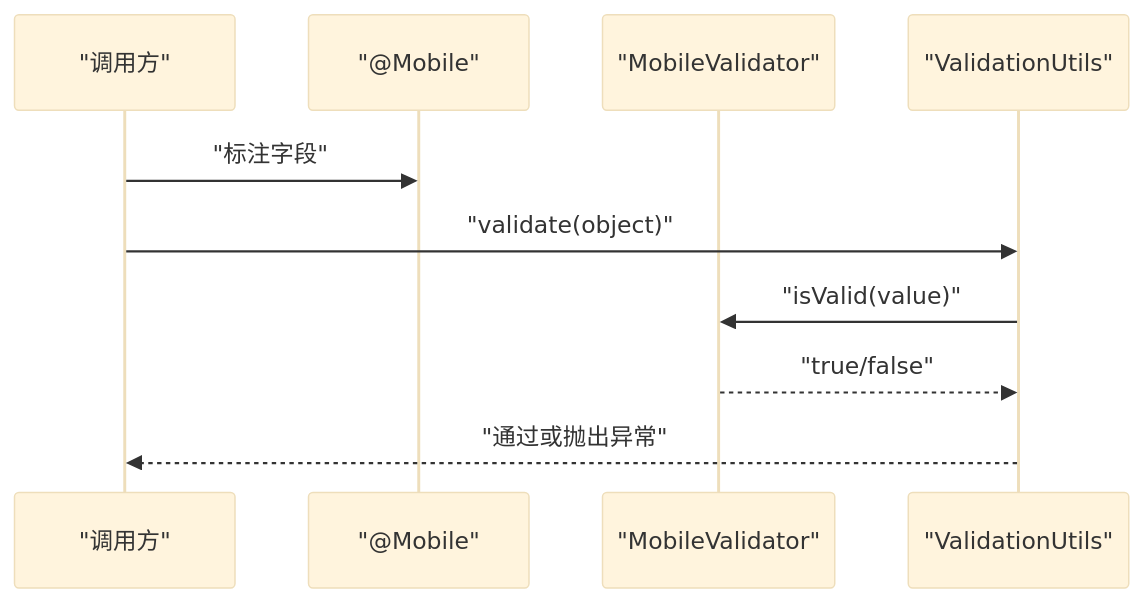
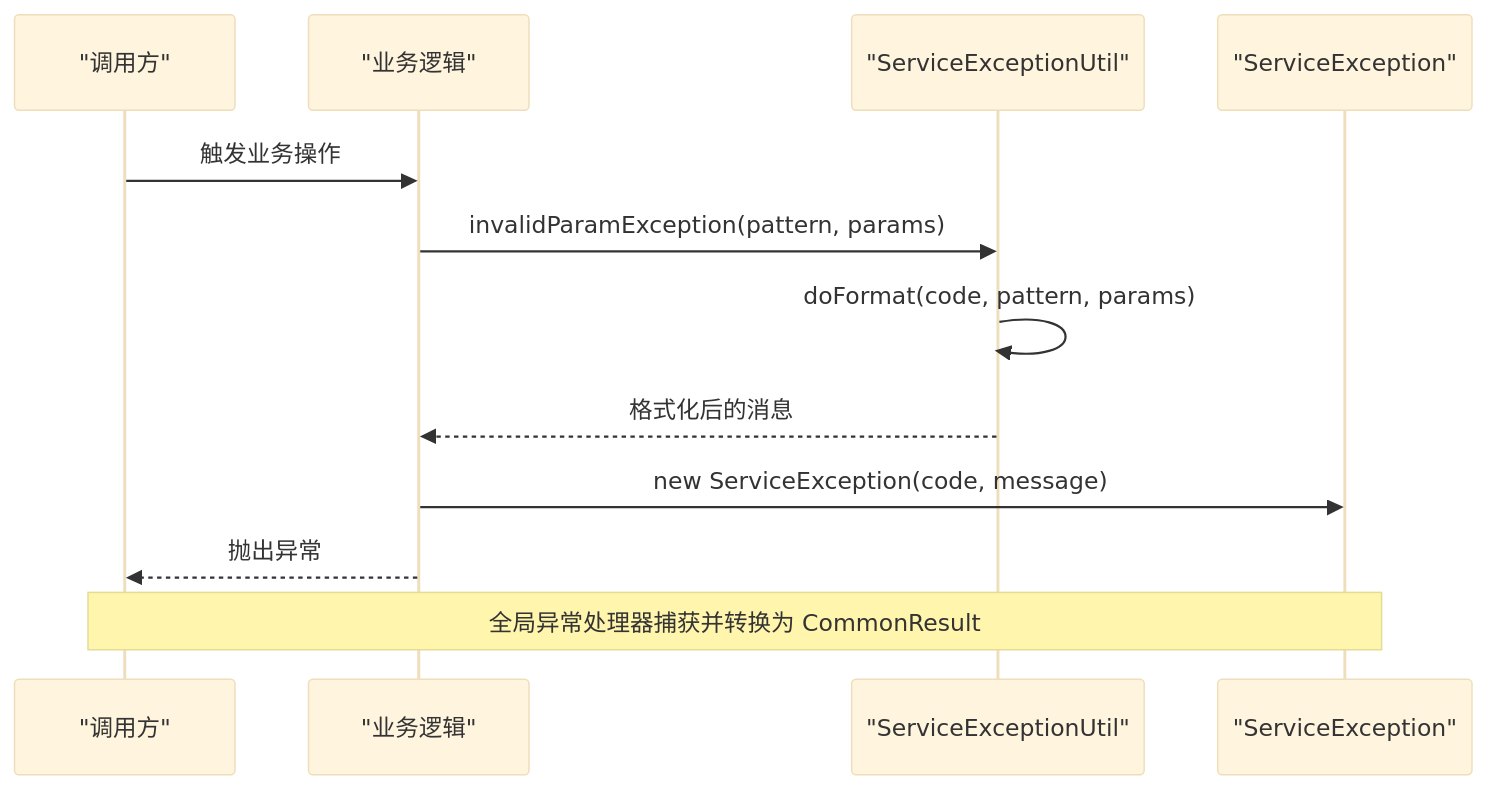
One commit to guanglei93/pandora-cloud changed the third of 5 diagrams in .qoder/repowiki/zh/content/核心模块/核心模块.md. Above: the diagram before and after it, drawn with Mermaid (base theme). The commit also changed other lines of this file and 110 other files, not shown here.

````diff
--- a/.qoder/repowiki/zh/content/核心模块/核心模块.md
+++ b/.qoder/repowiki/zh/content/核心模块/核心模块.md
@@ -262,12 +275,14 @@
 ```mermaid
 sequenceDiagram
 participant Caller as "调用方"
-participant Anno as "@Mobile"
-participant Val as "MobileValidator"
-participant Util as "ValidationUtils"
-Caller->>Anno : "标注字段"
-Caller->>Util : "validate(object)"
-Util->>Val : "isValid(value)"
-Val-->>Util : "true/false"
-Util-->>Caller : "通过或抛出异常"
+participant Biz as "业务逻辑"
+participant Util as "ServiceExceptionUtil"
+participant Ex as "ServiceException"
+Caller->>Biz : 触发业务操作
+Biz->>Util : invalidParamException(pattern, params)
+Util->>Util : doFormat(code, pattern, params)
+Util-->>Biz : 格式化后的消息
+Biz->>Ex : new ServiceException(code, message)
+Biz-->>Caller : 抛出异常
+Note over Caller,Ex : 全局异常处理器捕获并转换为 CommonResult
 ```
````
